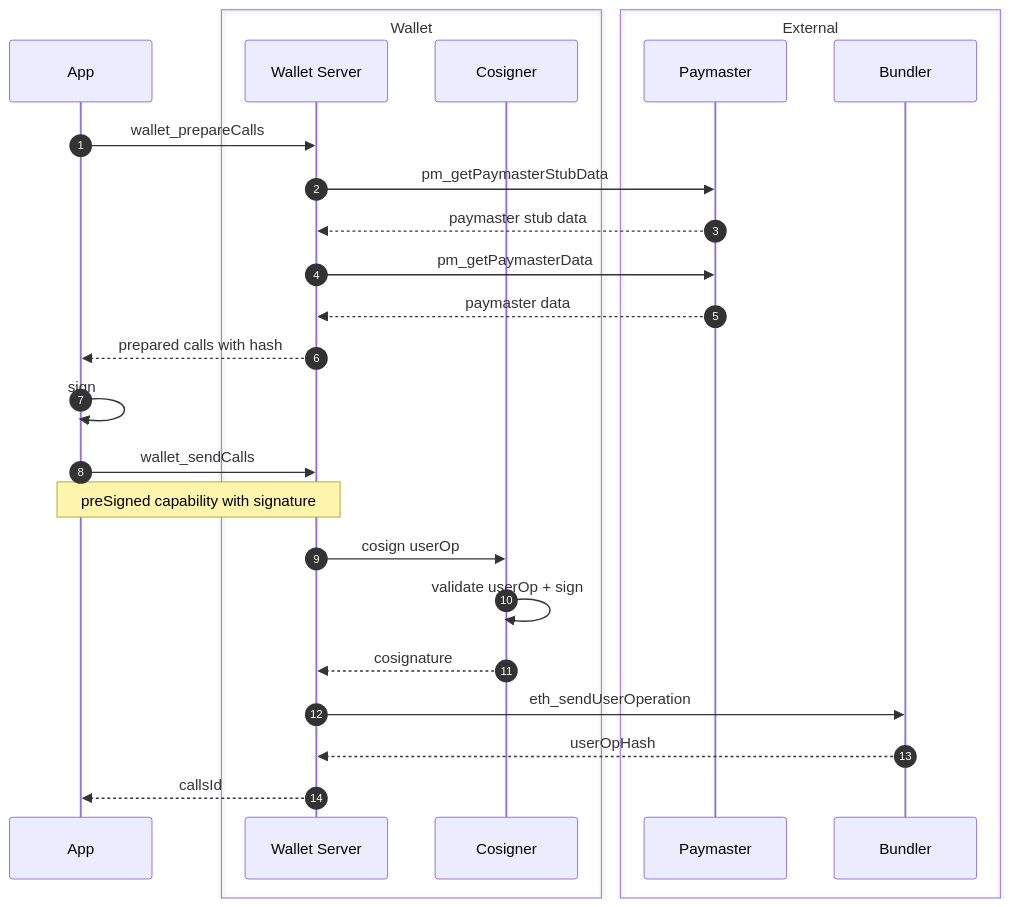
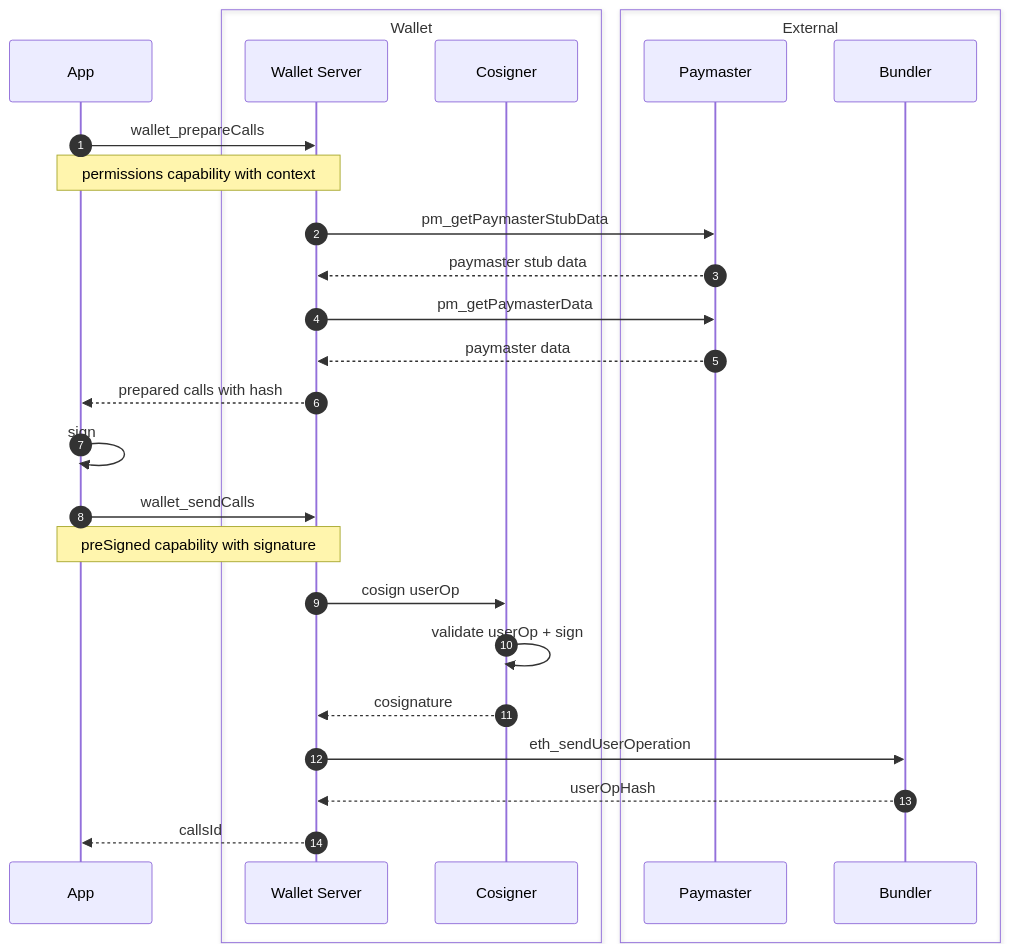
The diagram in docs/diagrams/offchain/prepareCalls+sendCalls.md (coinbase/smart-wallet-permissions), drawn with Mermaid before and after one commit. The commit also changed 4 other files, not shown here.

````diff
--- a/docs/diagrams/offchain/prepareCalls+sendCalls.md
+++ b/docs/diagrams/offchain/prepareCalls+sendCalls.md
@@ -5,29 +5,30 @@
 ```mermaid
 sequenceDiagram
     autonumber
     participant A as App
     box transparent Wallet
         participant WS as Wallet Server
         participant CS as Cosigner
     end
     box transparent External
         participant P as Paymaster
         participant B as Bundler
     end
 
     A->>WS: wallet_prepareCalls
+    Note over A,WS: permissions capability with context
     WS->>P: pm_getPaymasterStubData
     P-->>WS: paymaster stub data
     WS->>P: pm_getPaymasterData
     P-->>WS: paymaster data
     WS-->>A: prepared calls with hash
     A->>A: sign
     A->>WS: wallet_sendCalls
     Note over A,WS: preSigned capability with signature
     WS->>CS: cosign userOp
     CS->>CS: validate userOp + sign
     CS-->>WS: cosignature
     WS->>B: eth_sendUserOperation
     B-->>WS: userOpHash
     WS-->>A: callsId
 ```
````
